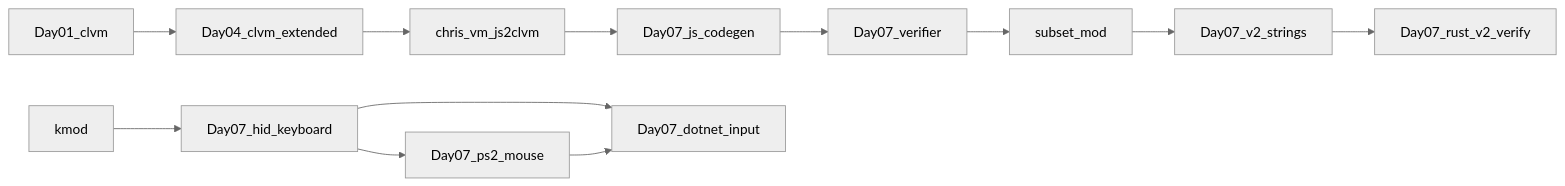
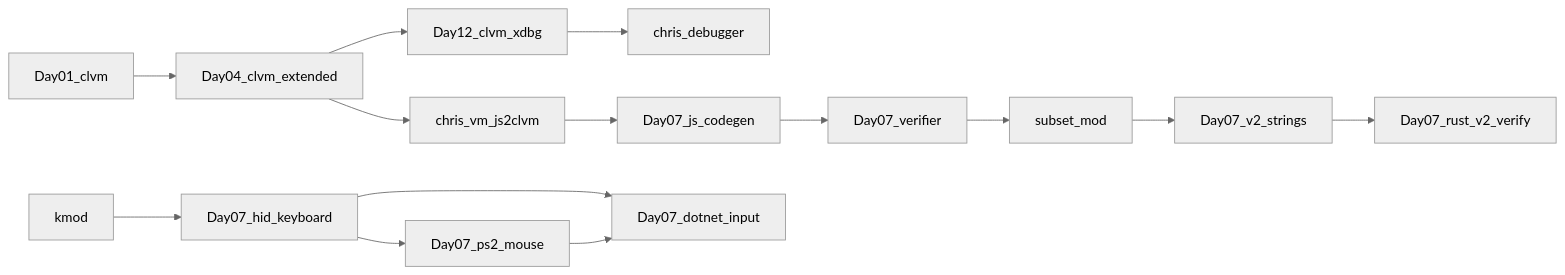
One commit to christianrss/chris-low-level changed the fourth of 12 diagrams in docs/LEARNING_PATHS.md. Above: the diagram before and after it, drawn with Mermaid (neutral theme). The commit also changed other lines of this file and 112 other files, not shown here.

Commit message:
feat: chris_xdbg

````diff
--- a/docs/LEARNING_PATHS.md
+++ b/docs/LEARNING_PATHS.md
@@ -52,14 +89,16 @@
 ```mermaid
 flowchart LR
   d1[Day01_clvm] --> d4[Day04_clvm_extended]
+  d4 --> xdbg[Day12_clvm_xdbg]
+  xdbg --> dbg[chris_debugger]
   d4 --> cap[chris_vm_js2clvm]
   cap --> n1[Day07_js_codegen]
   n1 --> n2[Day07_verifier]
   n2 --> n3[subset_mod]
   n3 --> n4[Day07_v2_strings]
   n4 --> n7[Day07_rust_v2_verify]
   kmod --> n5[Day07_hid_keyboard]
   n5 --> n6[Day07_ps2_mouse]
   n5 --> n8[Day07_dotnet_input]
   n6 --> n8
 ```
````
